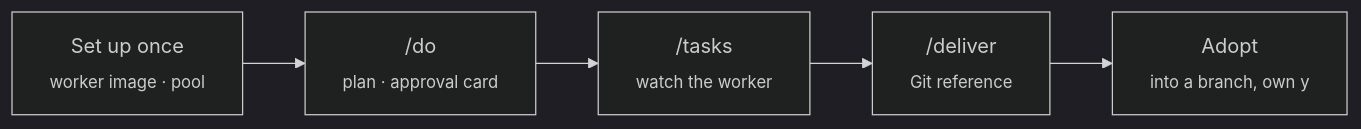
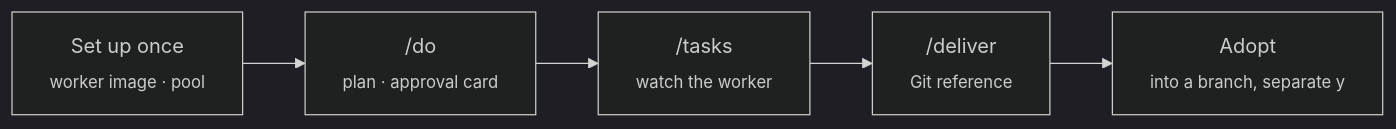
Before and after one commit to Verhex/deckent-next: the fourth of 6 diagrams in README.md, drawn with Mermaid (dark theme). The commit also changed other lines of this file and 1 other file, not shown here.

````diff
--- a/README.md
+++ b/README.md
@@ -221,7 +231,7 @@
 ```mermaid
 flowchart LR
   S["Set up once<br/><sub>worker image · pool</sub>"] --> D["/do<br/><sub>plan · approval card</sub>"]
   D --> T["/tasks<br/><sub>watch the worker</sub>"]
   T --> L["/deliver<br/><sub>Git reference</sub>"]
-  L --> B["Adopt<br/><sub>into a branch, own y</sub>"]
+  L --> B["Adopt<br/><sub>into a branch, separate y</sub>"]
 ```
````
